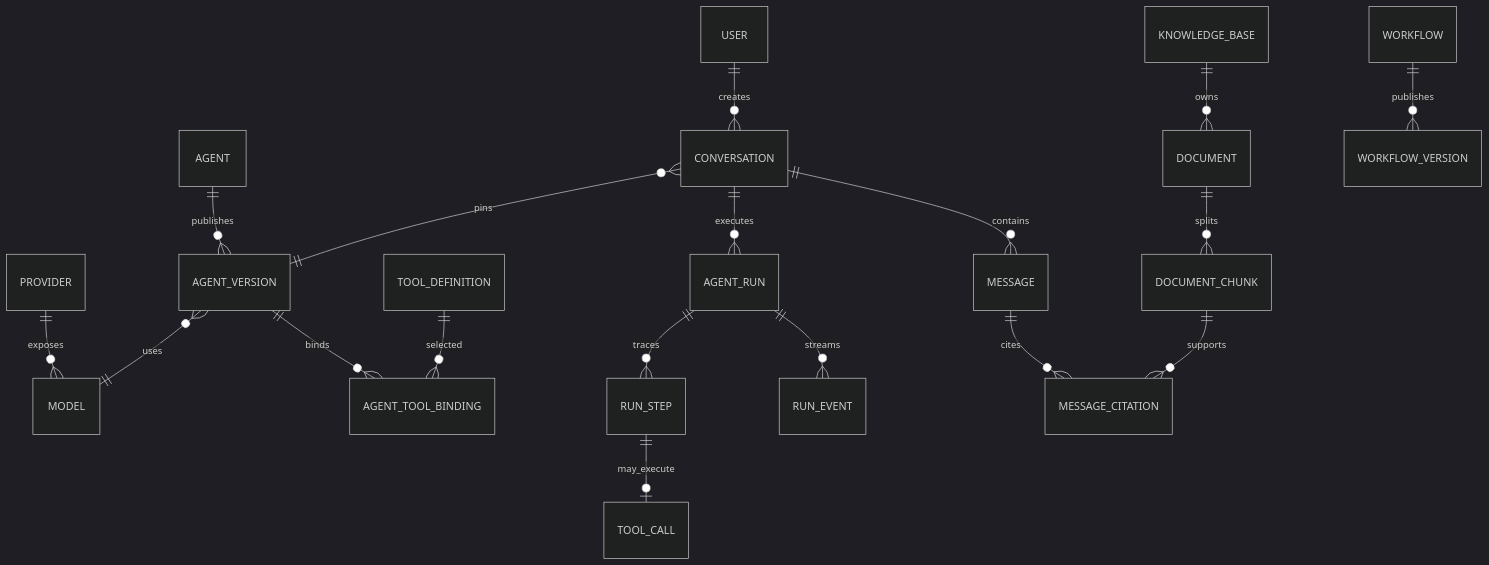
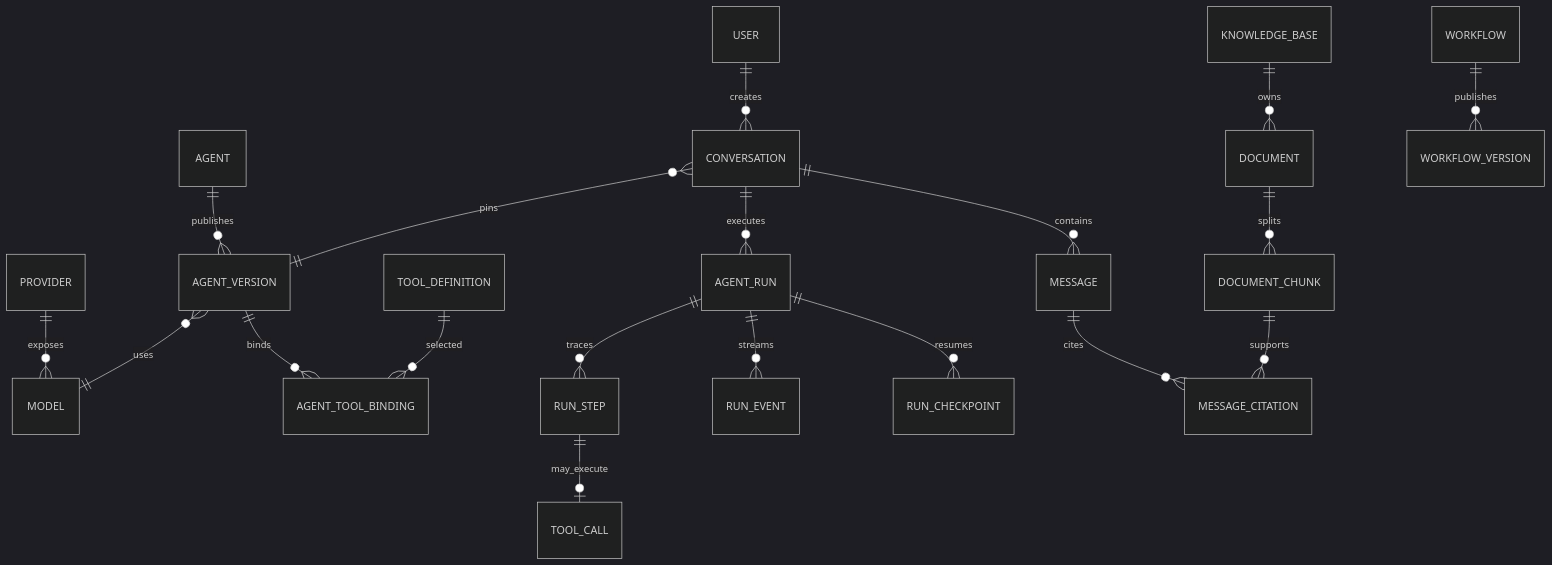
Before and after one commit to royal007a/wb_dify: the diagram in docs/DATA_MODEL.md, drawn with Mermaid (dark theme). The commit also changed other lines of this file and 8 other files, not shown here.

````diff
--- a/docs/DATA_MODEL.md
+++ b/docs/DATA_MODEL.md
@@ -12,20 +12,21 @@
 ```mermaid
 erDiagram
   USER ||--o{ CONVERSATION : creates
   PROVIDER ||--o{ MODEL : exposes
   AGENT ||--o{ AGENT_VERSION : publishes
   AGENT_VERSION }o--|| MODEL : uses
   AGENT_VERSION ||--o{ AGENT_TOOL_BINDING : binds
   TOOL_DEFINITION ||--o{ AGENT_TOOL_BINDING : selected
   CONVERSATION }o--|| AGENT_VERSION : pins
   CONVERSATION ||--o{ MESSAGE : contains
   CONVERSATION ||--o{ AGENT_RUN : executes
   AGENT_RUN ||--o{ RUN_STEP : traces
   AGENT_RUN ||--o{ RUN_EVENT : streams
+  AGENT_RUN ||--o{ RUN_CHECKPOINT : resumes
   RUN_STEP ||--o| TOOL_CALL : may_execute
   KNOWLEDGE_BASE ||--o{ DOCUMENT : owns
   DOCUMENT ||--o{ DOCUMENT_CHUNK : splits
   MESSAGE ||--o{ MESSAGE_CITATION : cites
   DOCUMENT_CHUNK ||--o{ MESSAGE_CITATION : supports
   WORKFLOW ||--o{ WORKFLOW_VERSION : publishes
 ```
````
